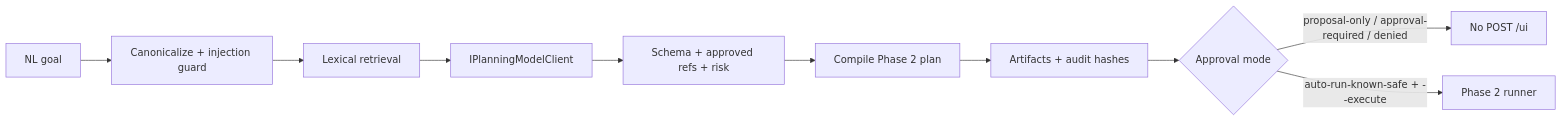
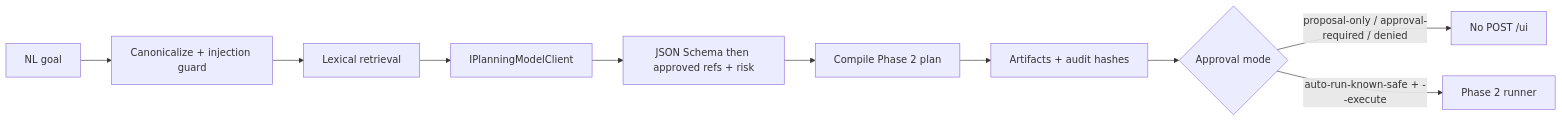
One commit to sagarchenchu/desktopAutomationHelper changed the diagram in docs/phase6-guarded-ai-planner.md. Above: the diagram before and after it, drawn with Mermaid. The commit also changed other lines of this file and 13 other files, not shown here.

First line of the commit message:
Address PR #146 review: harden auto-run and schema gates.

````diff
--- a/docs/phase6-guarded-ai-planner.md
+++ b/docs/phase6-guarded-ai-planner.md
@@ -6,12 +6,12 @@
 ```mermaid
 flowchart LR
   G[NL goal] --> C[Canonicalize + injection guard]
   C --> R[Lexical retrieval]
   R --> M[IPlanningModelClient]
-  M --> V[Schema + approved refs + risk]
+  M --> V[JSON Schema then approved refs + risk]
   V --> P[Compile Phase 2 plan]
   P --> A[Artifacts + audit hashes]
   A --> X{Approval mode}
   X -->|proposal-only / approval-required / denied| Stop[No POST /ui]
   X -->|auto-run-known-safe + --execute| Run[Phase 2 runner]
 ```
````
